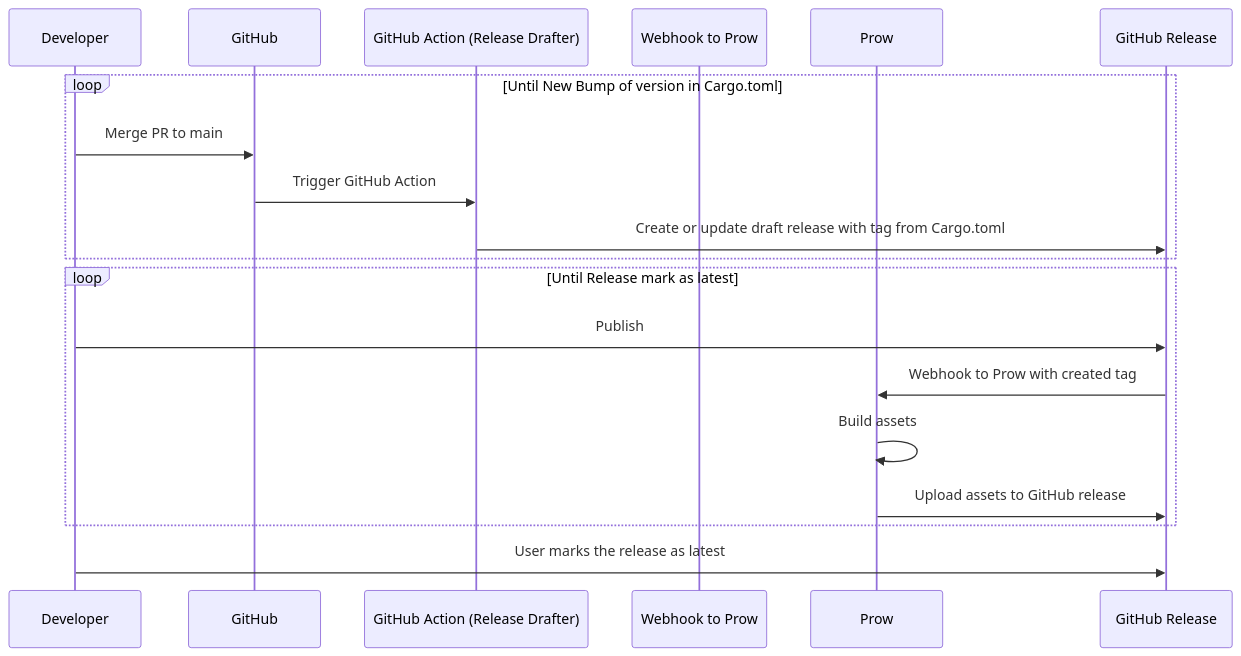
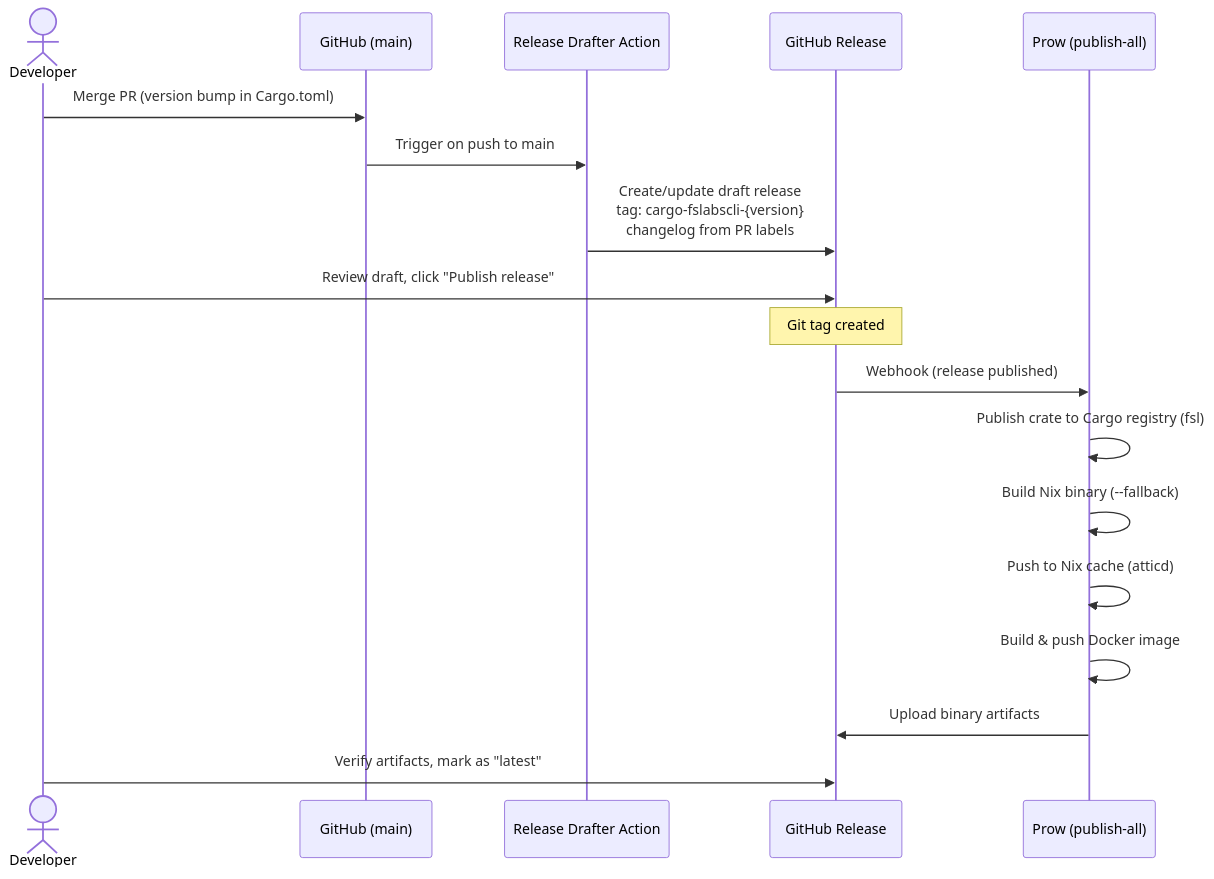
One commit to fslabs/fslabscli changed the diagram in README.md. Above: the diagram before and after it, drawn with Mermaid. The commit also changed other lines of this file and 2 other files, not shown here.

Commit message:
docs: clarify release process in README

````diff
--- a/README.md
+++ b/README.md
@@ -22,25 +44,24 @@
 ``` mermaid
 sequenceDiagram
-    participant Developer as Developer
-    participant GitHub as GitHub
-    participant Action as GitHub Action (Release Drafter)
-    participant Webhook as Webhook to Prow
-    participant Prow as Prow
-    participant Release as GitHub Release
+    actor Dev as Developer
+    participant GH as GitHub (main)
+    participant RD as Release Drafter Action
+    participant Rel as GitHub Release
+    participant Prow as Prow (publish-all)
 
-    loop Until New Bump of version in Cargo.toml
-    Developer->>GitHub: Merge PR to main
-    GitHub->>Action: Trigger GitHub Action
-    Action->>Release: Create or update draft release with tag from Cargo.toml
-    end
+    Dev->>GH: Merge PR (version bump in Cargo.toml)
+    GH->>RD: Trigger on push to main
+    RD->>Rel: Create/update draft release<br/>tag: cargo-fslabscli-{version}<br/>changelog from PR labels
 
-    loop Until Release mark as latest
-        Developer->>Release: Publish
-        Release->>Prow: Webhook to Prow with created tag
-        Prow->>Prow: Build assets
-        Prow->>Release: Upload assets to GitHub release
-    end
+    Dev->>Rel: Review draft, click "Publish release"
+    Note over Rel: Git tag created
 
-    Developer->>Release: User marks the release as latest
+    Rel->>Prow: Webhook (release published)
+    Prow->>Prow: Publish crate to Cargo registry (fsl)
+    Prow->>Prow: Build Nix binary (--fallback)
+    Prow->>Prow: Push to Nix cache (atticd)
+    Prow->>Prow: Build & push Docker image
+    Prow->>Rel: Upload binary artifacts
 
+    Dev->>Rel: Verify artifacts, mark as "latest"
 ```
````
